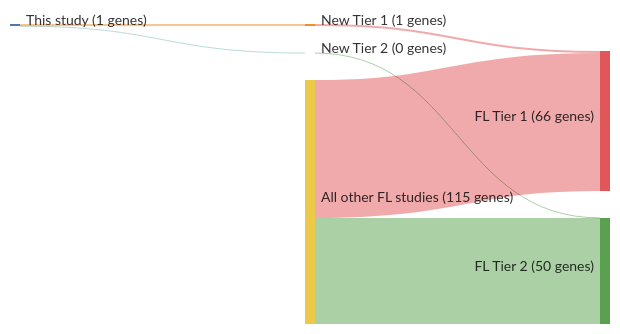
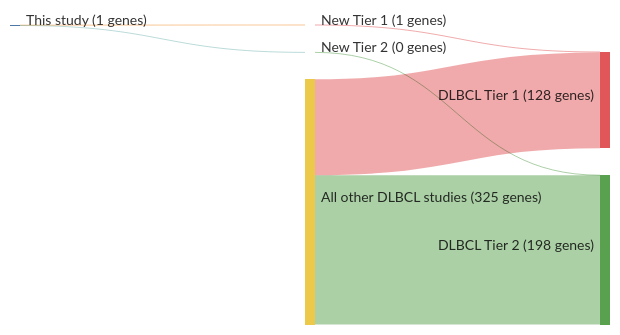
The diagram in papers/yildizActivatingSTAT6Mutations2015c.md (morinlab/lymphopedia), drawn with Mermaid before and after one commit. The commit also changed 4 other files, not shown here.

````diff
--- a/papers/yildizActivatingSTAT6Mutations2015c.md
+++ b/papers/yildizActivatingSTAT6Mutations2015c.md
@@ -13,20 +13,20 @@
 ```mermaid
 ---
 config:
     sankey:
         showValues: true
         linkColor: target
         width: 600
         height: 300
         nodeAlignment: right
         prefix: '('
         suffix: ' genes)'
 ---
 sankey-beta
 This study, New Tier 1, 1
-New Tier 1, FL Tier 1, 1
+New Tier 1, DLBCL Tier 1, 1
 This study, New Tier 2, 0
-New Tier 2, FL Tier 2, 0
-All other FL studies, FL Tier 1, 65
-All other FL studies, FL Tier 2, 50
+New Tier 2, DLBCL Tier 2, 0
+All other DLBCL studies, DLBCL Tier 1, 127
+All other DLBCL studies, DLBCL Tier 2, 198
 ```
````
